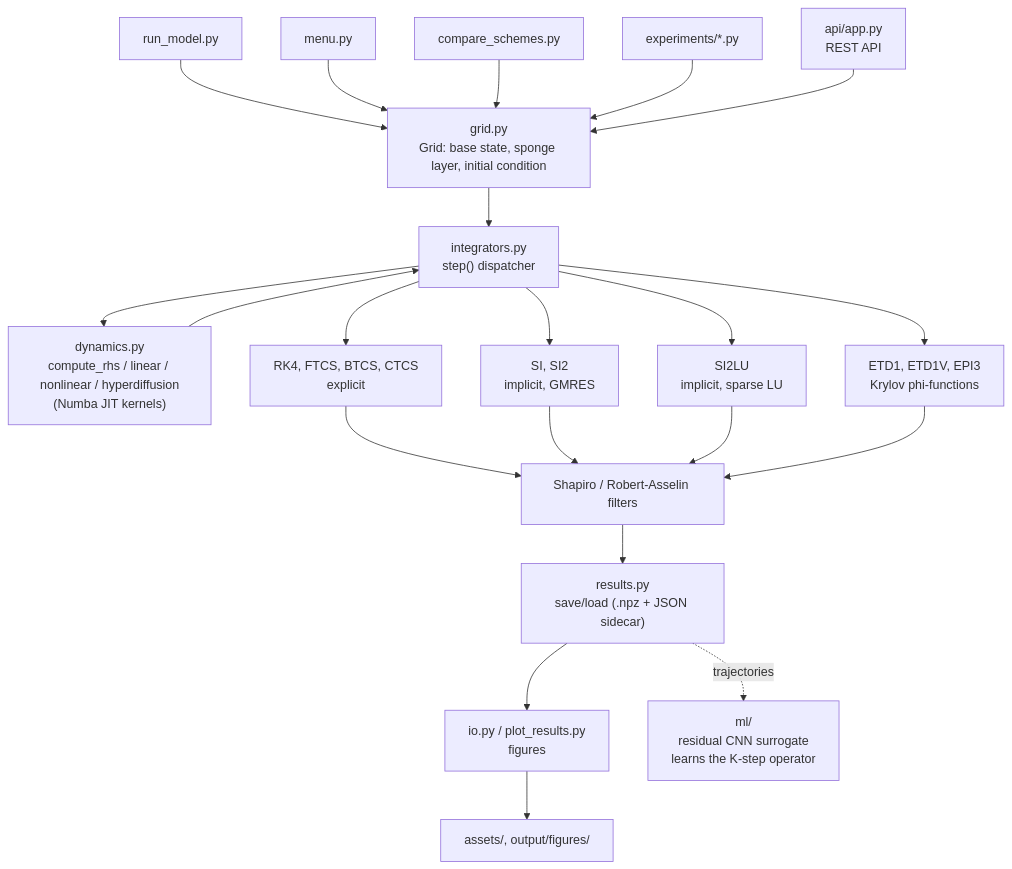
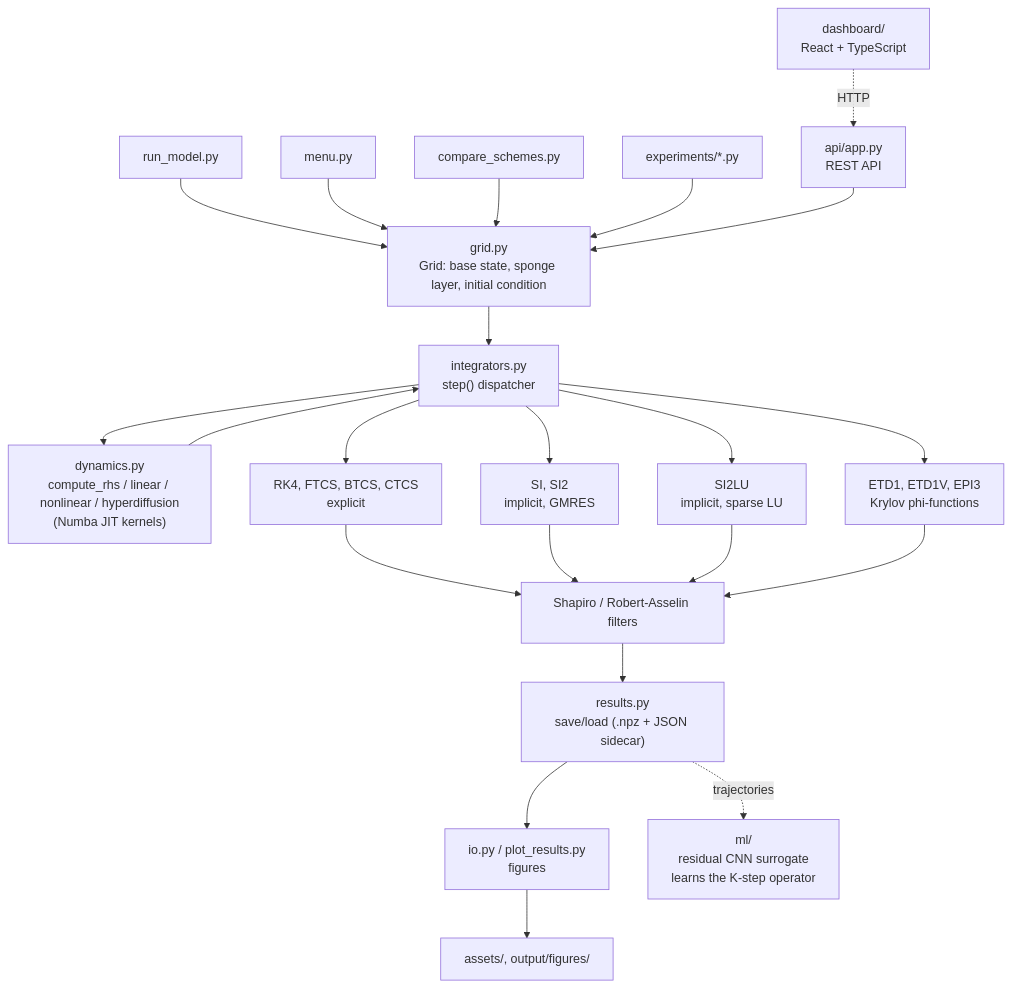
The diagram in README.md (ALEN2002-py/2d-atmospheric-model), drawn with Mermaid before and after one commit. The commit also changed other lines of this file and 27 other files, not shown here.

````diff
--- a/README.md
+++ b/README.md
@@ -91,42 +93,45 @@
 ```mermaid
 flowchart TD
     E1[run_model.py] --> G
     E2[menu.py] --> G
     E3[compare_schemes.py] --> G
     E4["experiments/*.py"] --> G
     E5["api/app.py
 REST API"] --> G
+
+    DASH["dashboard/
+React + TypeScript"] -.HTTP.-> E5
 
     G["grid.py
 Grid: base state, sponge layer, initial condition"] --> S
 
     S["integrators.py
 step() dispatcher"] --> D["dynamics.py
 compute_rhs / linear / nonlinear / hyperdiffusion
 (Numba JIT kernels)"]
     D --> S
 
     S --> SCH1["RK4, FTCS, BTCS, CTCS
 explicit"]
     S --> SCH2["SI, SI2
 implicit, GMRES"]
     S --> SCH3["SI2LU
 implicit, sparse LU"]
     S --> SCH4["ETD1, ETD1V, EPI3
 Krylov phi-functions"]
 
     SCH1 --> F["Shapiro / Robert-Asselin filters"]
     SCH2 --> F
     SCH3 --> F
     SCH4 --> F
 
     F --> R["results.py
 save/load (.npz + JSON sidecar)"]
     R --> P["io.py / plot_results.py
 figures"]
     P --> A["assets/, output/figures/"]
 
     R -.trajectories.-> ML["ml/
 residual CNN surrogate
 learns the K-step operator"]
 ```
````
